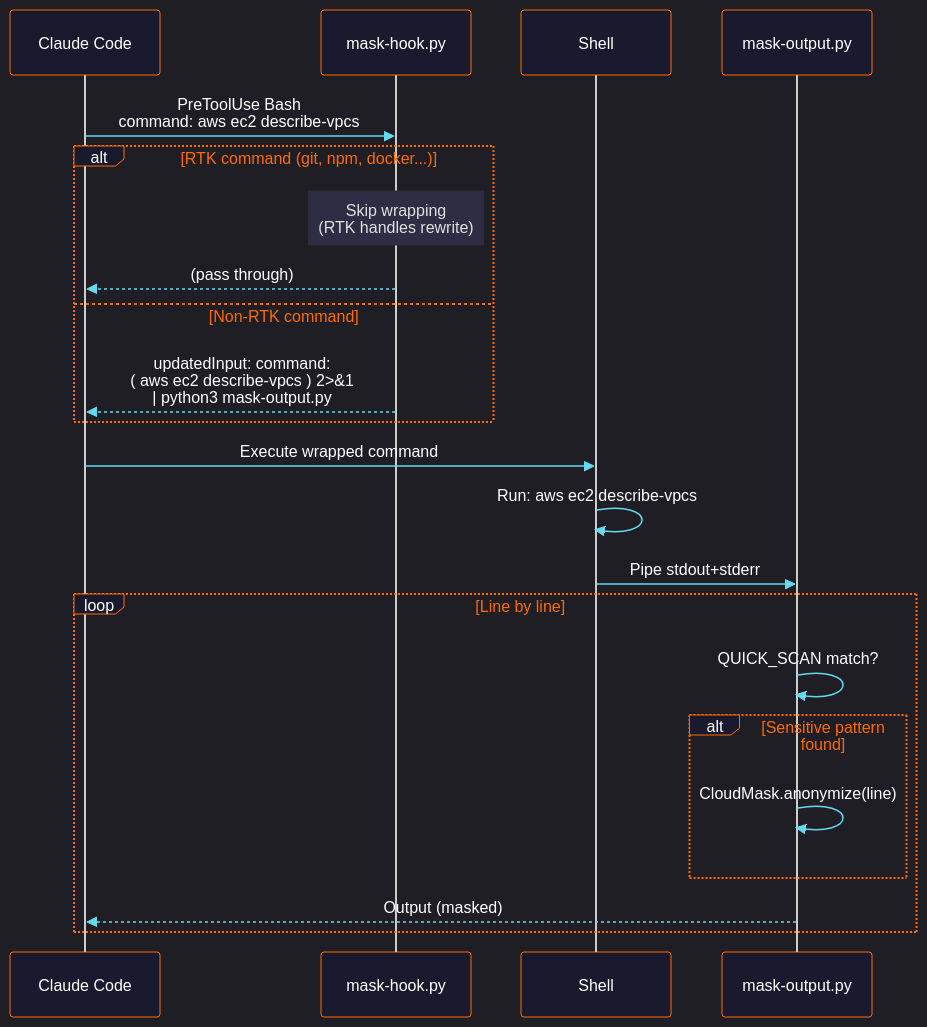
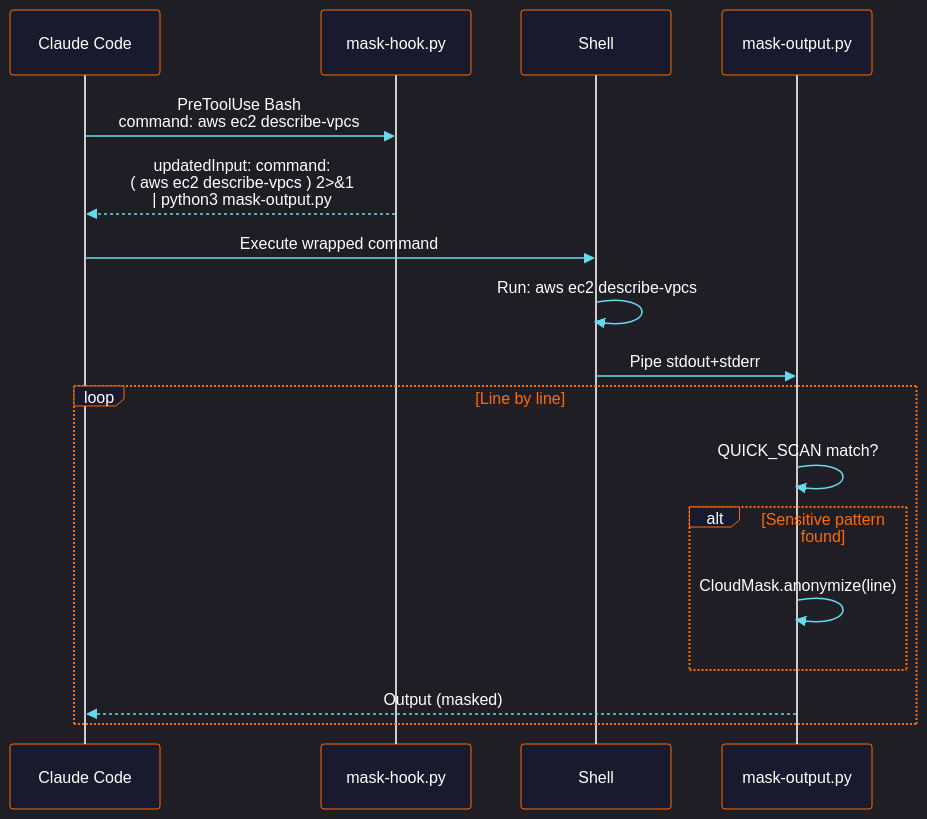
One commit to sam-fakhreddine/cloudmask-aws changed the fifth of 7 diagrams in docs/hooks.md. Above: the diagram before and after it, drawn with Mermaid. The commit also changed other lines of this file, not shown here.

Commit message:
docs: remove RTK references from hooks documentation

````diff
--- a/docs/hooks.md
+++ b/docs/hooks.md
@@ -210,30 +210,25 @@
 ```mermaid
 %%{init: {'theme': 'dark', 'themeVariables': {'primaryColor': '#ff6b00', 'primaryTextColor': '#ffffff', 'primaryBorderColor': '#ff8c33', 'lineColor': '#66d9ef', 'secondaryColor': '#1a1a2e', 'tertiaryColor': '#16213e', 'noteBkgColor': '#2d2d44', 'noteTextColor': '#e0e0e0', 'actorBkg': '#1a1a2e', 'actorBorder': '#ff6b00', 'actorTextColor': '#ffffff', 'signalColor': '#66d9ef', 'signalTextColor': '#ffffff', 'labelBoxBkgColor': '#1a1a2e', 'labelBoxBorderColor': '#ff6b00', 'labelTextColor': '#ffffff', 'loopTextColor': '#ff6b00', 'activationBkgColor': '#2d2d44', 'activationBorderColor': '#ff8c33', 'sequenceNumberColor': '#ffffff'}}}%%
 
 sequenceDiagram
     participant CC as Claude Code
     participant MH as mask-hook.py
     participant SH as Shell
     participant MO as mask-output.py
 
     CC->>MH: PreToolUse Bash<br/>command: aws ec2 describe-vpcs
 
-    alt RTK command (git, npm, docker...)
-        Note over MH: Skip wrapping<br/>(RTK handles rewrite)
-        MH-->>CC: (pass through)
-    else Non-RTK command
-        MH-->>CC: updatedInput: command:<br/>( aws ec2 describe-vpcs ) 2>&1<br/>| python3 mask-output.py
-    end
+    MH-->>CC: updatedInput: command:<br/>( aws ec2 describe-vpcs ) 2>&1<br/>| python3 mask-output.py
 
     CC->>SH: Execute wrapped command
     SH->>SH: Run: aws ec2 describe-vpcs
     SH->>MO: Pipe stdout+stderr
 
     loop Line by line
         MO->>MO: QUICK_SCAN match?
         alt Sensitive pattern found
             MO->>MO: CloudMask.anonymize(line)
         end
         MO-->>CC: Output (masked)
     end
 ```
````
